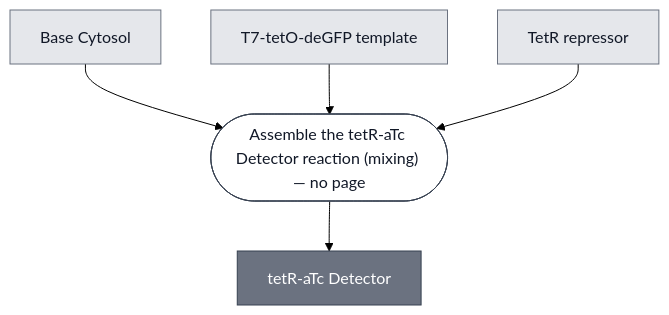
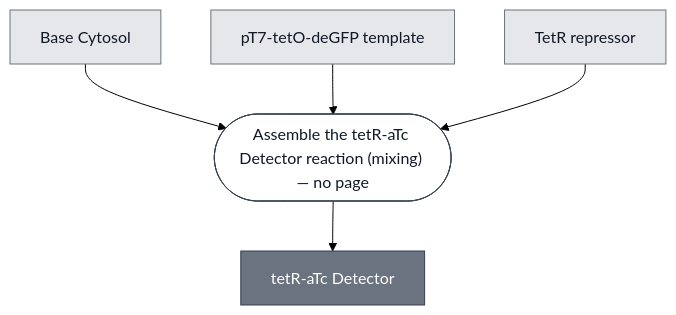
The diagram in docs/modules/detector-tetr-atc/spec.md (nucleus-eng/nucleus-docs), drawn with Mermaid (forest theme) before and after one commit. The commit also changed other lines of this file and 8 other files, not shown here.

````diff
--- a/docs/modules/detector-tetr-atc/spec.md
+++ b/docs/modules/detector-tetr-atc/spec.md
@@ -31,25 +31,25 @@
 ```mermaid
 flowchart TD
     BASE_CYTOSOL["Base Cytosol"]
-    TETO_TEMPLATE["T7-tetO-deGFP template"]
+    TETO_TEMPLATE["pT7-tetO-deGFP template"]
     TETR["TetR repressor"]
 
     P1_ASSEMBLE_REACTION_0(["Assemble the tetR-aTc Detector reaction (mixing) — no page"])
     DETECTOR_TETR_ATC["tetR-aTc Detector"]
 
     BASE_CYTOSOL --> P1_ASSEMBLE_REACTION_0
     TETO_TEMPLATE --> P1_ASSEMBLE_REACTION_0
     TETR --> P1_ASSEMBLE_REACTION_0
     P1_ASSEMBLE_REACTION_0 --> DETECTOR_TETR_ATC
 
 
     classDef leaf     fill:#e5e7eb,stroke:#6b7280,color:#111827;
     classDef composed fill:#6b7280,stroke:#374151,color:#ffffff;
     classDef process  fill:#ffffff,stroke:#374151,color:#111827;
     class BASE_CYTOSOL,TETO_TEMPLATE,TETR leaf;
     class DETECTOR_TETR_ATC composed;
     class P1_ASSEMBLE_REACTION_0 process;
 
     click BASE_CYTOSOL "/docs/modules/base-cytosol/spec"
     click DETECTOR_TETR_ATC "/docs/modules/detector-tetr-atc/spec"
 ```
````
